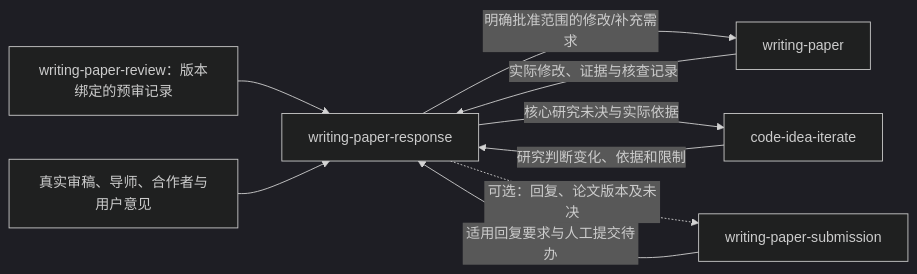
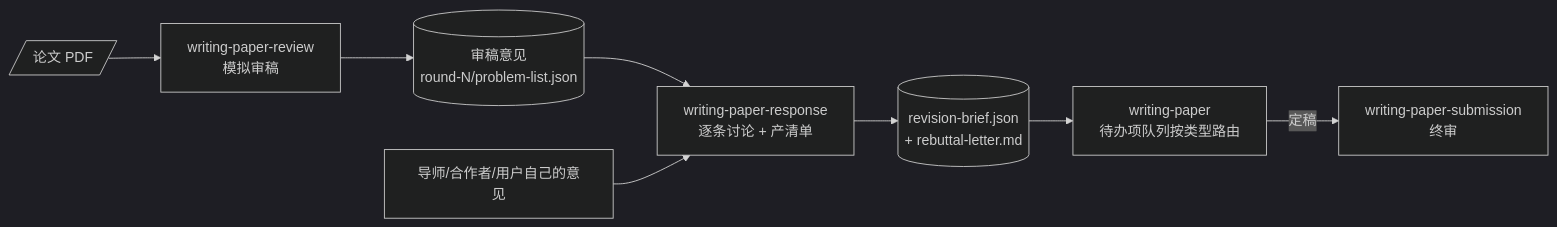
One commit to jackwang0108/dl-assistant changed the first of 2 diagrams in plugins/dl-assistant/skills/writing-paper-response/SKILL.md. Above: the diagram before and after it, drawn with Mermaid (dark theme). The commit also changed other lines of this file and 256 other files, not shown here.

````diff
--- a/plugins/dl-assistant/skills/writing-paper-response/SKILL.md
+++ b/plugins/dl-assistant/skills/writing-paper-response/SKILL.md
@@ -12,11 +30,10 @@
 ```mermaid
 flowchart LR
-    RV[writing-paper-review：版本绑定的预审记录] --> RS[writing-paper-response]
-    U[真实审稿、导师、合作者与用户意见] --> RS
-    RS -->|明确批准范围的修改/补充需求| WP[writing-paper]
-    WP -->|实际修改、证据与核查记录| RS
-    RS -->|核心研究未决与实际依据| IT[code-idea-iterate]
-    IT -->|研究判断变化、依据和限制| RS
-    RS -.->|可选：回复、论文版本及未决| SUB[writing-paper-submission]
-    SUB -->|适用回复要求与人工提交待办| RS
+    PDF[/论文 PDF/] --> WPR["writing-paper-review<br/>模拟审稿"]
+    WPR --> COMM[("审稿意见<br/>round-N/problem-list.json")]
+    COMM --> WRESP["writing-paper-response<br/>逐条讨论 + 产清单"]
+    ADV["导师/合作者/用户自己的意见"] --> WRESP
+    WRESP --> RBRIEF[("revision-brief.json<br/>+ rebuttal-letter.md")]
+    RBRIEF --> WP["writing-paper<br/>待办项队列按类型路由"]
+    WP -->|定稿| WPS["writing-paper-submission<br/>终审"]
 ```
````
